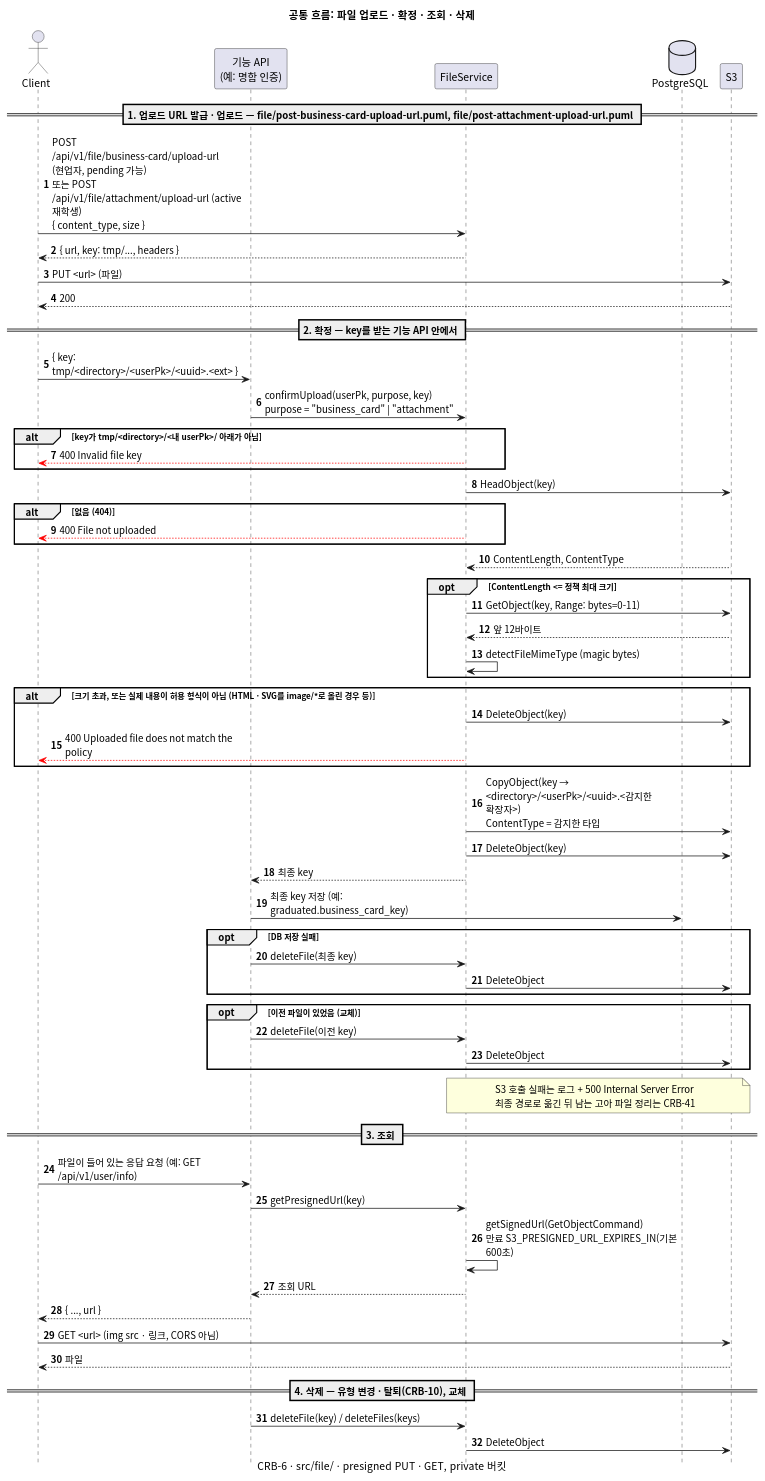
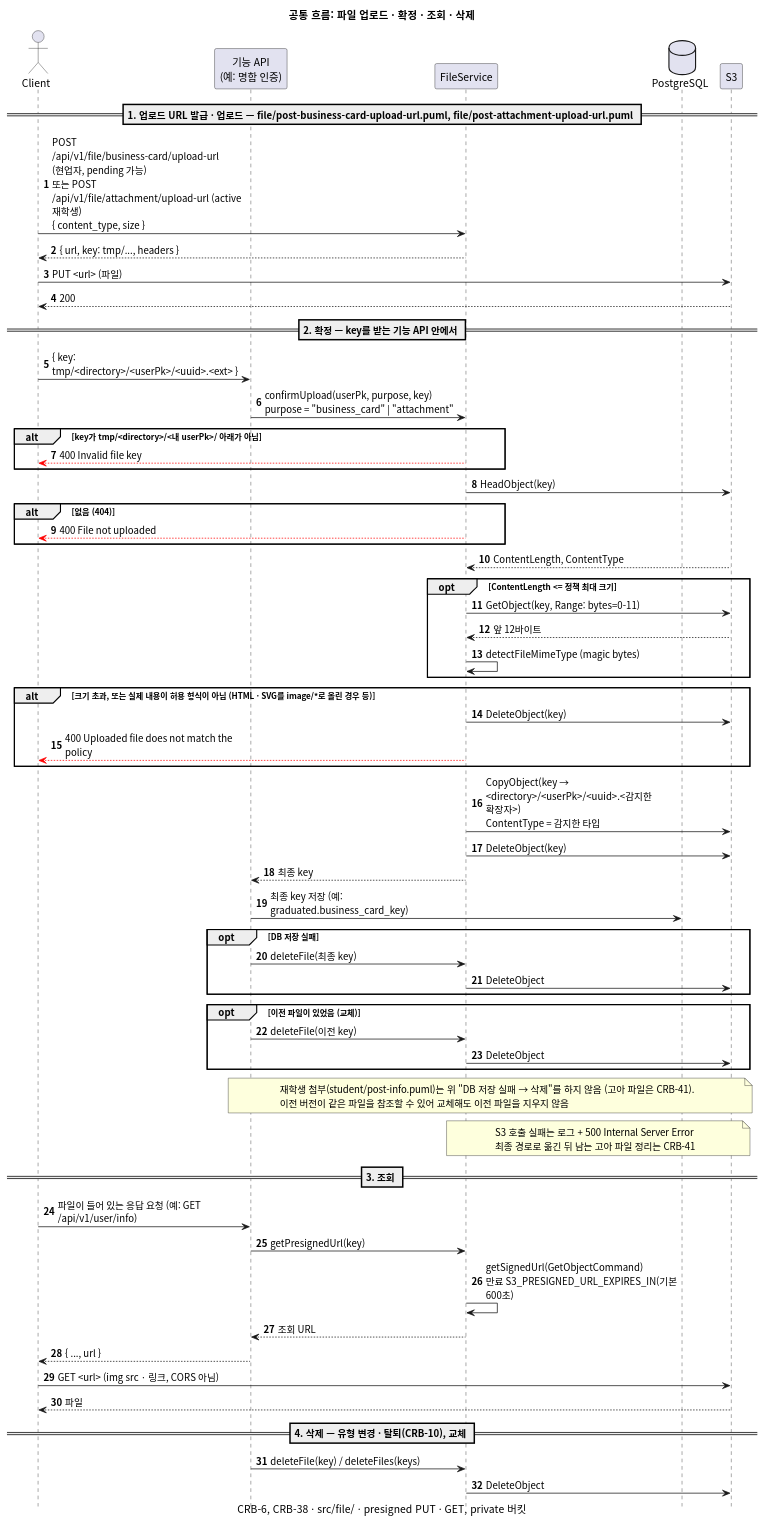
The diagram in docs/sequence/flow/file-upload.puml (gsainfoteam/cheers-be), drawn with PlantUML before and after one commit. The commit also changed 2 other files, not shown here.

Commit message:
- docs: add attachment file flow to student info sequence diagrams (CRB-38)

```diff
--- a/docs/sequence/flow/file-upload.puml
+++ b/docs/sequence/flow/file-upload.puml
@@ -1,80 +1,84 @@
 @startuml file-upload
 skinparam defaultFontName "Apple SD Gothic Neo", "Noto Sans CJK KR", sans-serif
 skinparam responseMessageBelowArrow true
 skinparam sequenceMessageAlign left
 skinparam maxMessageSize 260
 skinparam BoxPadding 8
 skinparam shadowing false
 autonumber
 hide footbox
 
 title 공통 흐름: 파일 업로드 · 확정 · 조회 · 삭제
-caption CRB-6 · src/file/ · presigned PUT · GET, private 버킷
+caption CRB-6, CRB-38 · src/file/ · presigned PUT · GET, private 버킷
 
 actor Client
 participant "기능 API\n(예: 명함 인증)" as Feature
 participant "FileService" as Service
 database PostgreSQL
 participant "S3"
 
 == 1. 업로드 URL 발급 · 업로드 — file/post-business-card-upload-url.puml, file/post-attachment-upload-url.puml ==
 
 Client -> Service: POST /api/v1/file/business-card/upload-url (현업자, pending 가능)\n또는 POST /api/v1/file/attachment/upload-url (active 재학생)\n{ content_type, size }
 Service --> Client: { url, key: tmp/..., headers }
 Client -> S3: PUT <url> (파일)
 S3 --> Client: 200
 
 == 2. 확정 — key를 받는 기능 API 안에서 ==
 
 Client -> Feature: { key: tmp/<directory>/<userPk>/<uuid>.<ext> }
 Feature -> Service: confirmUpload(userPk, purpose, key)\npurpose = "business_card" | "attachment"
 alt key가 tmp/<directory>/<내 userPk>/ 아래가 아님
   Service -[#red]-> Client: 400 Invalid file key
 end
 Service -> S3: HeadObject(key)
 alt 없음 (404)
   Service -[#red]-> Client: 400 File not uploaded
 end
 S3 --> Service: ContentLength, ContentType
 opt ContentLength <= 정책 최대 크기
   Service -> S3: GetObject(key, Range: bytes=0-11)
   S3 --> Service: 앞 12바이트
   Service -> Service: detectFileMimeType (magic bytes)
 end
 alt 크기 초과, 또는 실제 내용이 허용 형식이 아님 (HTML · SVG를 image/*로 올린 경우 등)
   Service -> S3: DeleteObject(key)
   Service -[#red]-> Client: 400 Uploaded file does not match the policy
 end
 Service -> S3: CopyObject(key → <directory>/<userPk>/<uuid>.<감지한 확장자>)\nContentType = 감지한 타입
 Service -> S3: DeleteObject(key)
 Service --> Feature: 최종 key
 Feature -> PostgreSQL: 최종 key 저장 (예: graduated.business_card_key)
 opt DB 저장 실패
   Feature -> Service: deleteFile(최종 key)
   Service -> S3: DeleteObject
 end
 opt 이전 파일이 있었음 (교체)
   Feature -> Service: deleteFile(이전 key)
   Service -> S3: DeleteObject
 end
+note over Feature, S3
+  재학생 첨부(student/post-info.puml)는 위 "DB 저장 실패 → 삭제"를 하지 않음 (고아 파일은 CRB-41).
+  이전 버전이 같은 파일을 참조할 수 있어 교체해도 이전 파일을 지우지 않음
+end note
 note over Service, S3
   S3 호출 실패는 로그 + 500 Internal Server Error
   최종 경로로 옮긴 뒤 남는 고아 파일 정리는 CRB-41
 end note
 
 == 3. 조회 ==
 
 Client -> Feature: 파일이 들어 있는 응답 요청 (예: GET /api/v1/user/info)
 Feature -> Service: getPresignedUrl(key)
 Service -> Service: getSignedUrl(GetObjectCommand)\n만료 S3_PRESIGNED_URL_EXPIRES_IN(기본 600초)
 Service --> Feature: 조회 URL
 Feature --> Client: { ..., url }
 Client -> S3: GET <url> (img src · 링크, CORS 아님)
 S3 --> Client: 파일
 
 == 4. 삭제 — 유형 변경 · 탈퇴(CRB-10), 교체 ==
 
 Feature -> Service: deleteFile(key) / deleteFiles(keys)
 Service -> S3: DeleteObject
 
 @enduml
```
